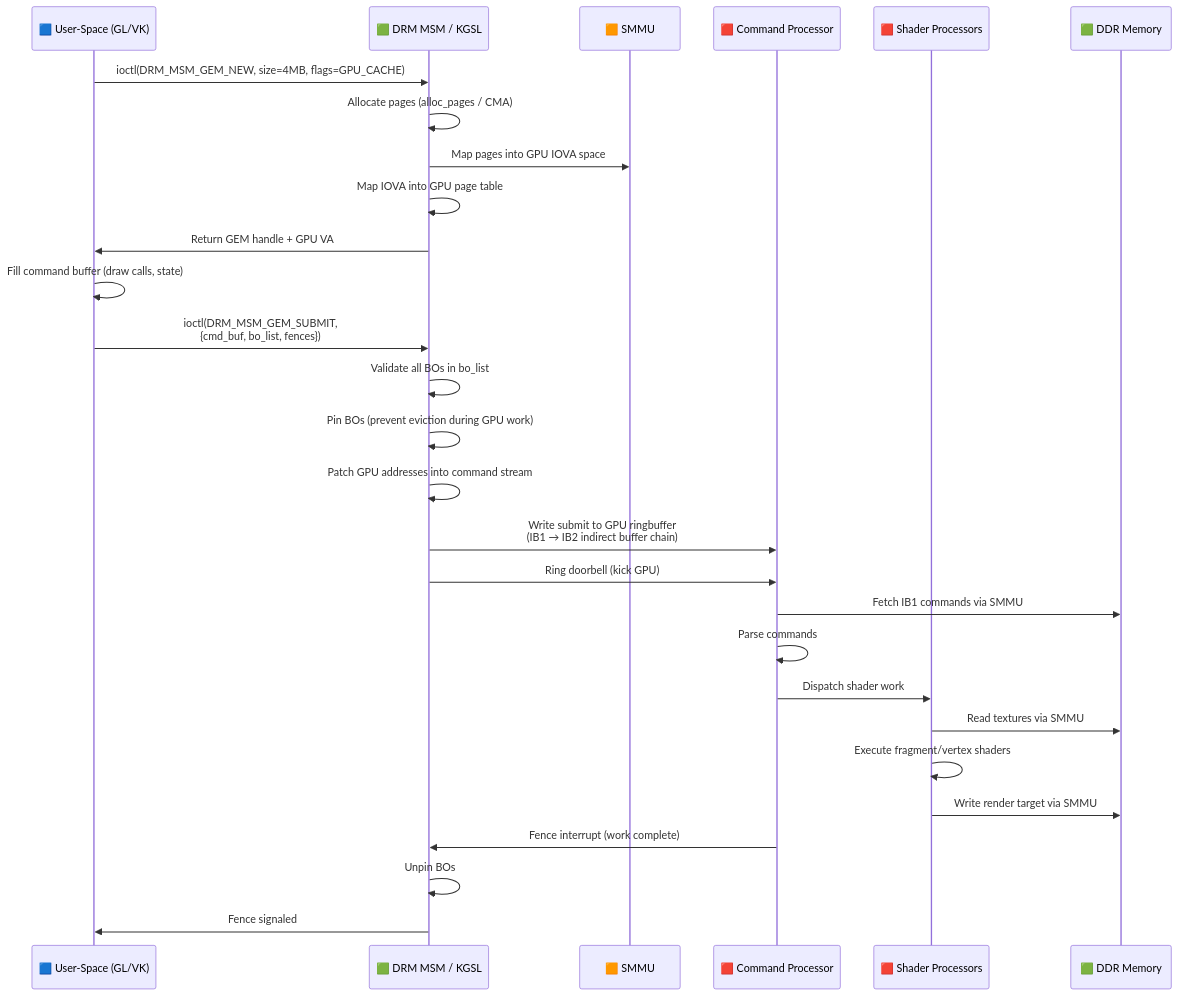
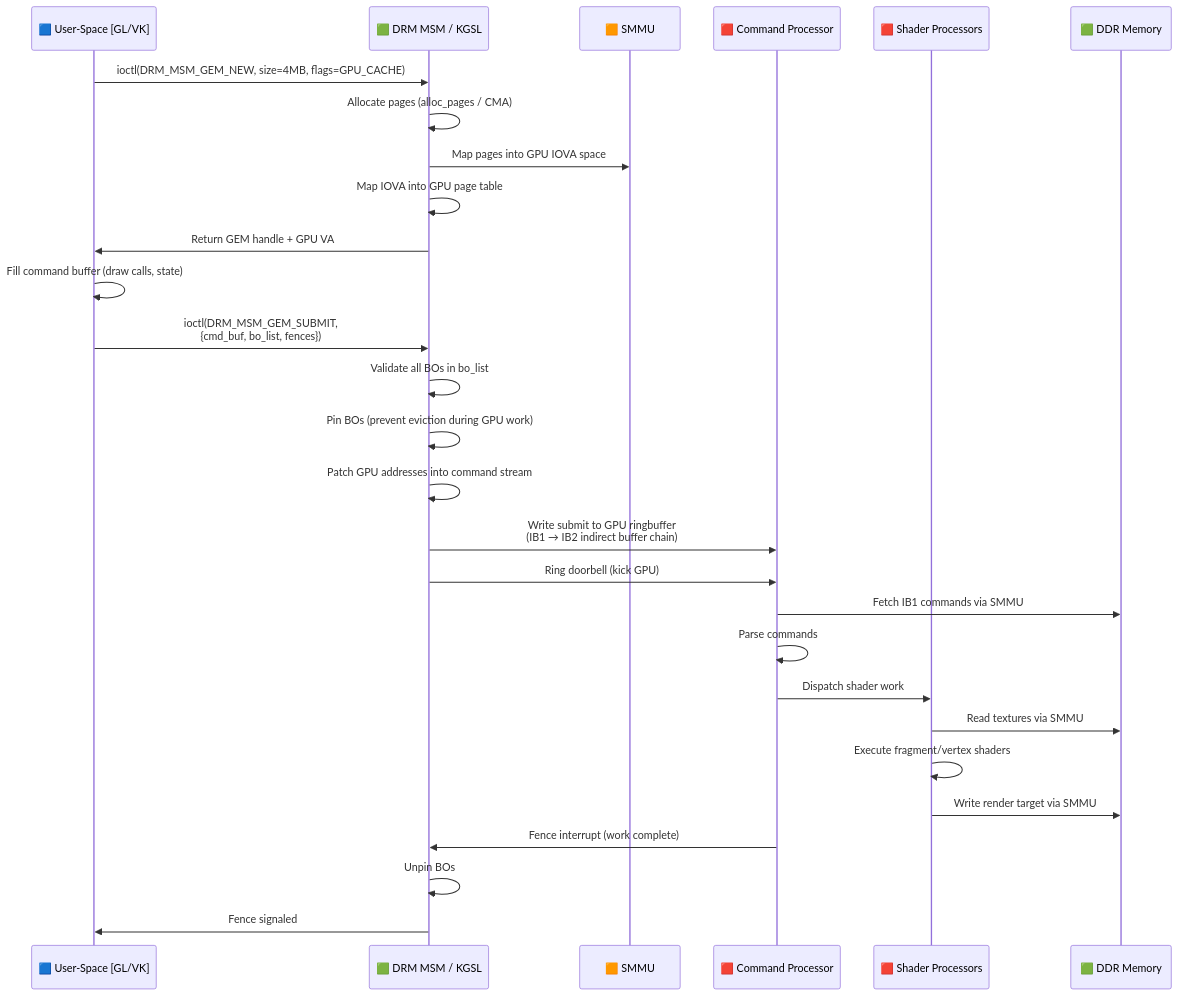
One commit to nilprajapati97/Linux changed the seventh of 21 diagrams in MemoryManagement/17_Qualcomm_System_Design_Memory_Management.md. Above: the diagram before and after it, drawn with Mermaid. The commit also changed other lines of this file and 68 other files, not shown here.

````diff
--- a/MemoryManagement/17_Qualcomm_System_Design_Memory_Management.md
+++ b/MemoryManagement/17_Qualcomm_System_Design_Memory_Management.md
@@ -254,37 +254,37 @@
 ```mermaid
 sequenceDiagram
-    participant APP as 🟦 User-Space (GL/VK)
+    participant APP as 🟦 User-Space [GL/VK]
     participant DRV as 🟩 DRM MSM / KGSL
     participant SMMU as 🟧 SMMU
     participant CP as 🟥 Command Processor
     participant SP as 🟥 Shader Processors
     participant DDR as 🟩 DDR Memory
 
     APP->>DRV: ioctl(DRM_MSM_GEM_NEW, size=4MB, flags=GPU_CACHE)
     DRV->>DRV: Allocate pages (alloc_pages / CMA)
     DRV->>SMMU: Map pages into GPU IOVA space
     DRV->>DRV: Map IOVA into GPU page table
     DRV->>APP: Return GEM handle + GPU VA
 
     APP->>APP: Fill command buffer (draw calls, state)
 
     APP->>DRV: ioctl(DRM_MSM_GEM_SUBMIT,<br/>{cmd_buf, bo_list, fences})
 
     DRV->>DRV: Validate all BOs in bo_list
     DRV->>DRV: Pin BOs (prevent eviction during GPU work)
     DRV->>DRV: Patch GPU addresses into command stream
 
     DRV->>CP: Write submit to GPU ringbuffer<br/>(IB1 → IB2 indirect buffer chain)
     DRV->>CP: Ring doorbell (kick GPU)
 
     CP->>DDR: Fetch IB1 commands via SMMU
     CP->>CP: Parse commands
     CP->>SP: Dispatch shader work
     SP->>DDR: Read textures via SMMU
     SP->>SP: Execute fragment/vertex shaders
     SP->>DDR: Write render target via SMMU
 
     CP->>DRV: Fence interrupt (work complete)
     DRV->>DRV: Unpin BOs
     DRV->>APP: Fence signaled
 ```
````
